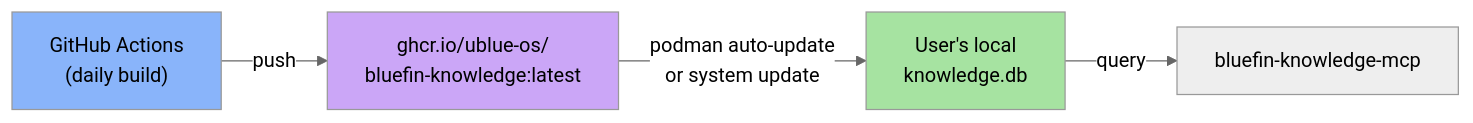
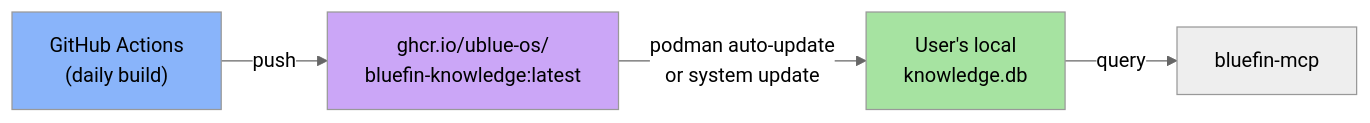
Before and after one commit to projectbluefin/common: the sixth of 19 diagrams in specs/00-bluespeed-specification.md, drawn with Mermaid (neutral theme). The commit also changed other lines of this file, not shown here.

First line of the commit message:
spec: Integrate bluefin-mcp as first-class component, consolidate knowledge layer (v0.2)

````diff
--- a/specs/00-bluespeed-specification.md
+++ b/specs/00-bluespeed-specification.md
@@ -606,10 +666,10 @@
 ```mermaid
 graph LR
     CI["GitHub Actions<br/>(daily build)"] -->|push| GHCR["ghcr.io/ublue-os/<br/>bluefin-knowledge:latest"]
     GHCR -->|podman auto-update<br/>or system update| LOCAL["User's local<br/>knowledge.db"]
-    LOCAL -->|query| MCP["bluefin-knowledge-mcp"]
+    LOCAL -->|query| MCP["bluefin-mcp"]
 
     style CI fill:#89b4fa,color:#000
     style GHCR fill:#cba6f7,color:#000
     style LOCAL fill:#a6e3a1,color:#000
 ```
````
